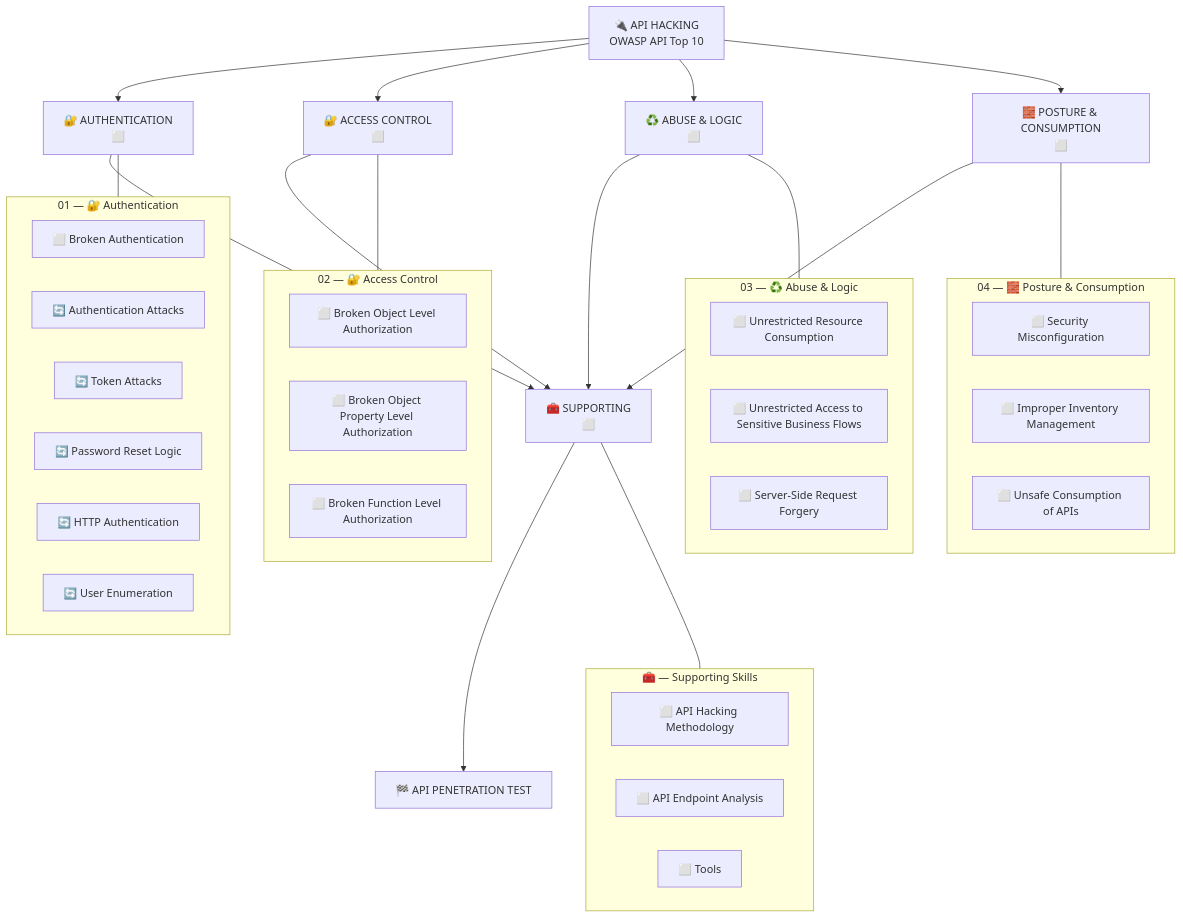
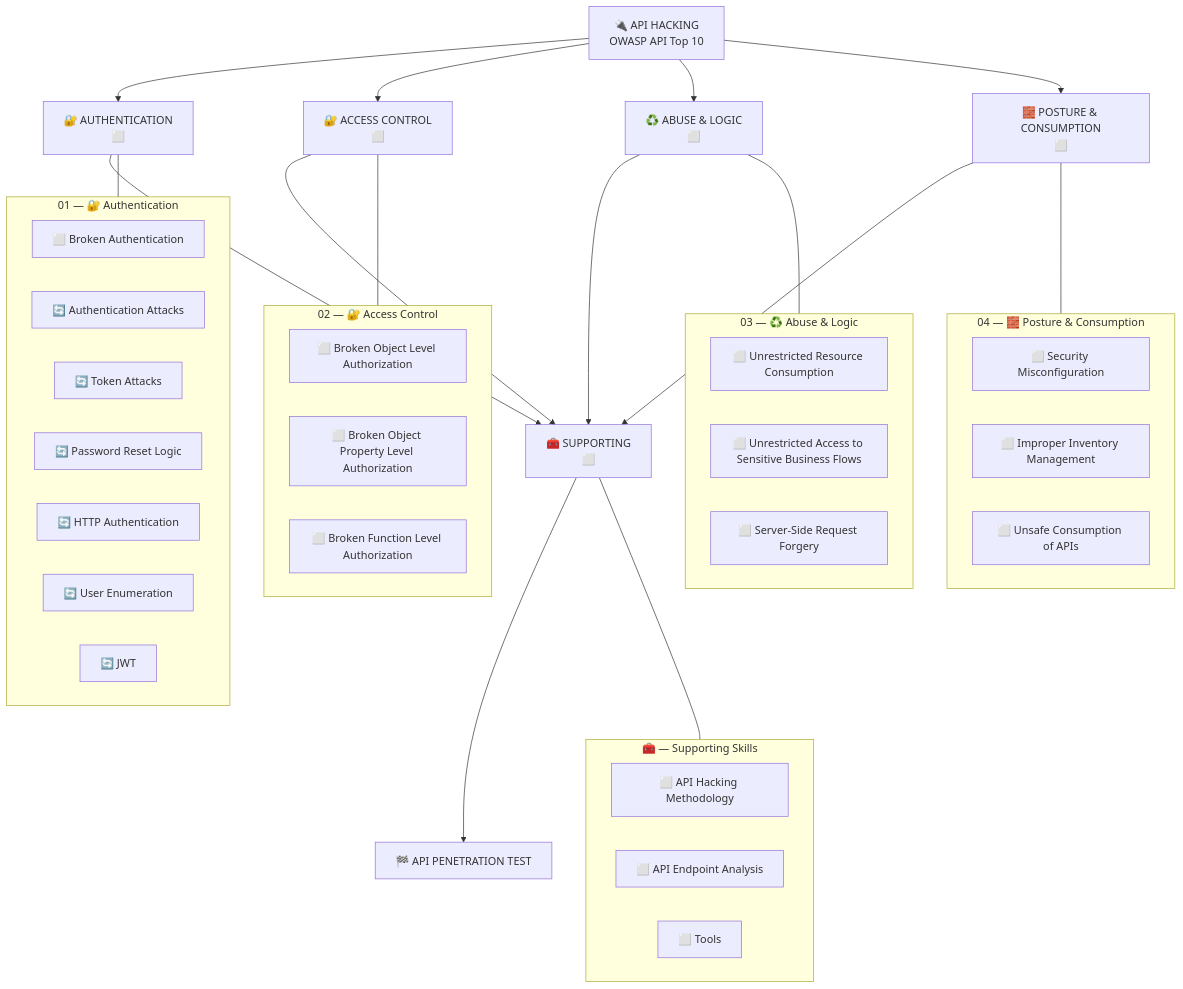
Before and after one commit to romeo-mhakayakora/API-Hacking: the diagram in README.md, drawn with Mermaid. The commit also changed other lines of this file and 2 other files, not shown here.

Commit message:
Add JWT notes to Authentication domain

````diff
--- a/README.md
+++ b/README.md
@@ -15,67 +15,69 @@
 ```mermaid
 flowchart TB
     API["🔌 API HACKING<br/>OWASP API Top 10"]
     D1["🔐 AUTHENTICATION<br/>⬜"]
     D2["🔐 ACCESS CONTROL<br/>⬜"]
     D3["♻️ ABUSE & LOGIC<br/>⬜"]
     D4["🧱 POSTURE & CONSUMPTION<br/>⬜"]
     SUP["🧰 SUPPORTING<br/>⬜"]
     PENT["🏁 API PENETRATION TEST"]
 
     API --> D1 & D2 & D3 & D4
     D1 & D2 & D3 & D4 --> SUP --> PENT
 
     subgraph 01_AUTHENTICATION ["01 — 🔐 Authentication"]
         BA["⬜ Broken Authentication"]
         AA["🔄 Authentication Attacks"]
         TA["🔄 Token Attacks"]
         PRL["🔄 Password Reset Logic"]
         HTTP["🔄 HTTP Authentication"]
         UE["🔄 User Enumeration"]
+        JWT["🔄 JWT"]
     end
     subgraph 02_ACCESS_CONTROL ["02 — 🔐 Access Control"]
         BOLA["⬜ Broken Object Level Authorization"]
         BOPLA["⬜ Broken Object Property Level Authorization"]
         BFLA["⬜ Broken Function Level Authorization"]
     end
     subgraph 03_ABUSE_LOGIC ["03 — ♻️ Abuse & Logic"]
         URC["⬜ Unrestricted Resource Consumption"]
         UBF["⬜ Unrestricted Access to Sensitive Business Flows"]
         S["⬜ Server-Side Request Forgery"]
     end
     subgraph 04_POSTURE_CONSUMPTION ["04 — 🧱 Posture & Consumption"]
         SM["⬜ Security Misconfiguration"]
         IIM["⬜ Improper Inventory Management"]
         UAC["⬜ Unsafe Consumption of APIs"]
     end
     subgraph SUPPORTING ["🧰 — Supporting Skills"]
         MET["⬜ API Hacking Methodology"]
         EPA["⬜ API Endpoint Analysis"]
         TLS["⬜ Tools"]
     end
 
     D1 --- 01_AUTHENTICATION
     D2 --- 02_ACCESS_CONTROL
     D3 --- 03_ABUSE_LOGIC
     D4 --- 04_POSTURE_CONSUMPTION
     SUP --- SUPPORTING
 
     click BA href "./01-authentication/broken-authentication.md"
     click AA href "./01-authentication/authentication-attacks.md"
     click TA href "./01-authentication/token-attacks.md"
     click PRL href "./01-authentication/password-reset-logic.md"
     click HTTP href "./01-authentication/http-authentication.md"
     click UE href "./01-authentication/user-enumeration.md"
+    click JWT href "./01-authentication/jwt.md"
     click BOLA href "./02-access-control/bola.md"
     click BOPLA href "./02-access-control/bopla.md"
     click BFLA href "./02-access-control/bfla.md"
     click URC href "./03-abuse-logic/unrestricted-resource-consumption.md"
     click UBF href "./03-abuse-logic/unrestricted-business-flow.md"
     click S href "./03-abuse-logic/ssrf.md"
     click SM href "./04-posture-consumption/security-misconfiguration.md"
     click IIM href "./04-posture-consumption/improper-inventory-management.md"
     click UAC href "./04-posture-consumption/unsafe-api-consumption.md"
     click MET href "./supporting/01-api-methodology.md"
     click EPA href "./supporting/02-api-endpoint-analysis.md"
     click TLS href "./supporting/03-tools.md"
 ```
````
